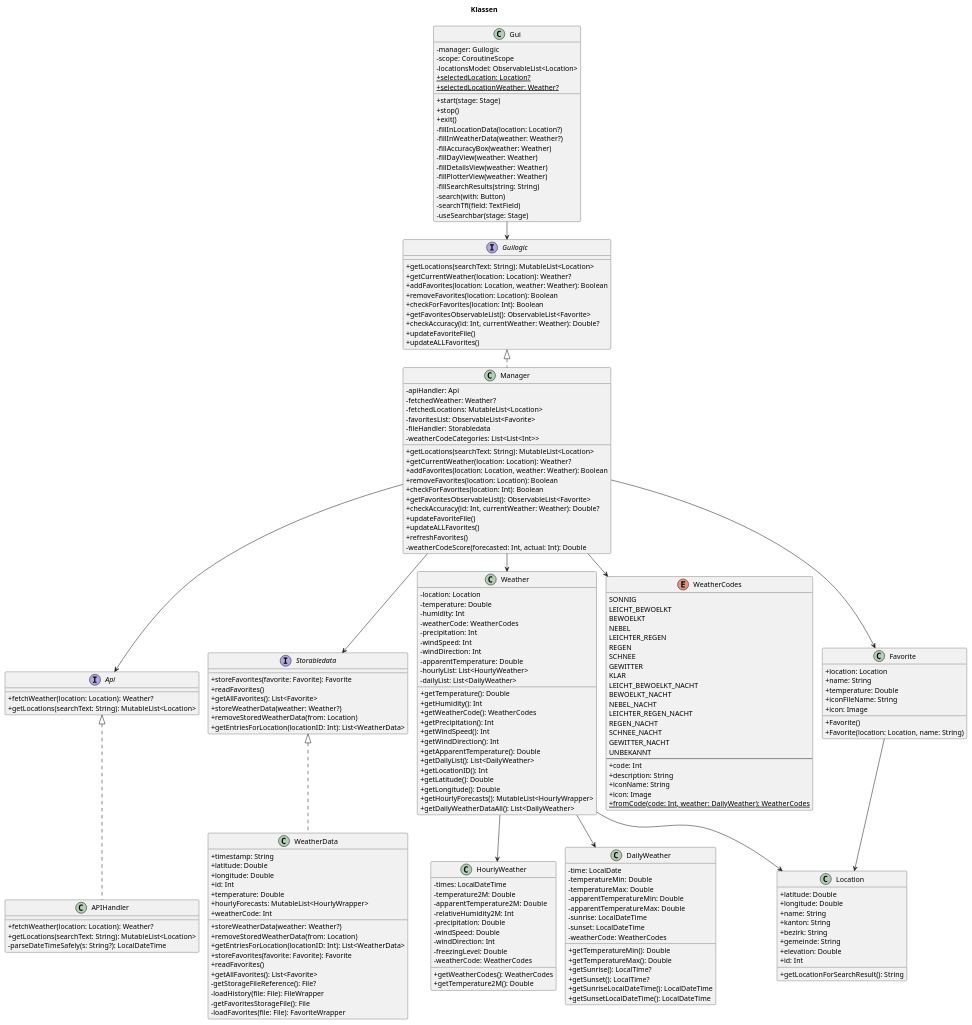
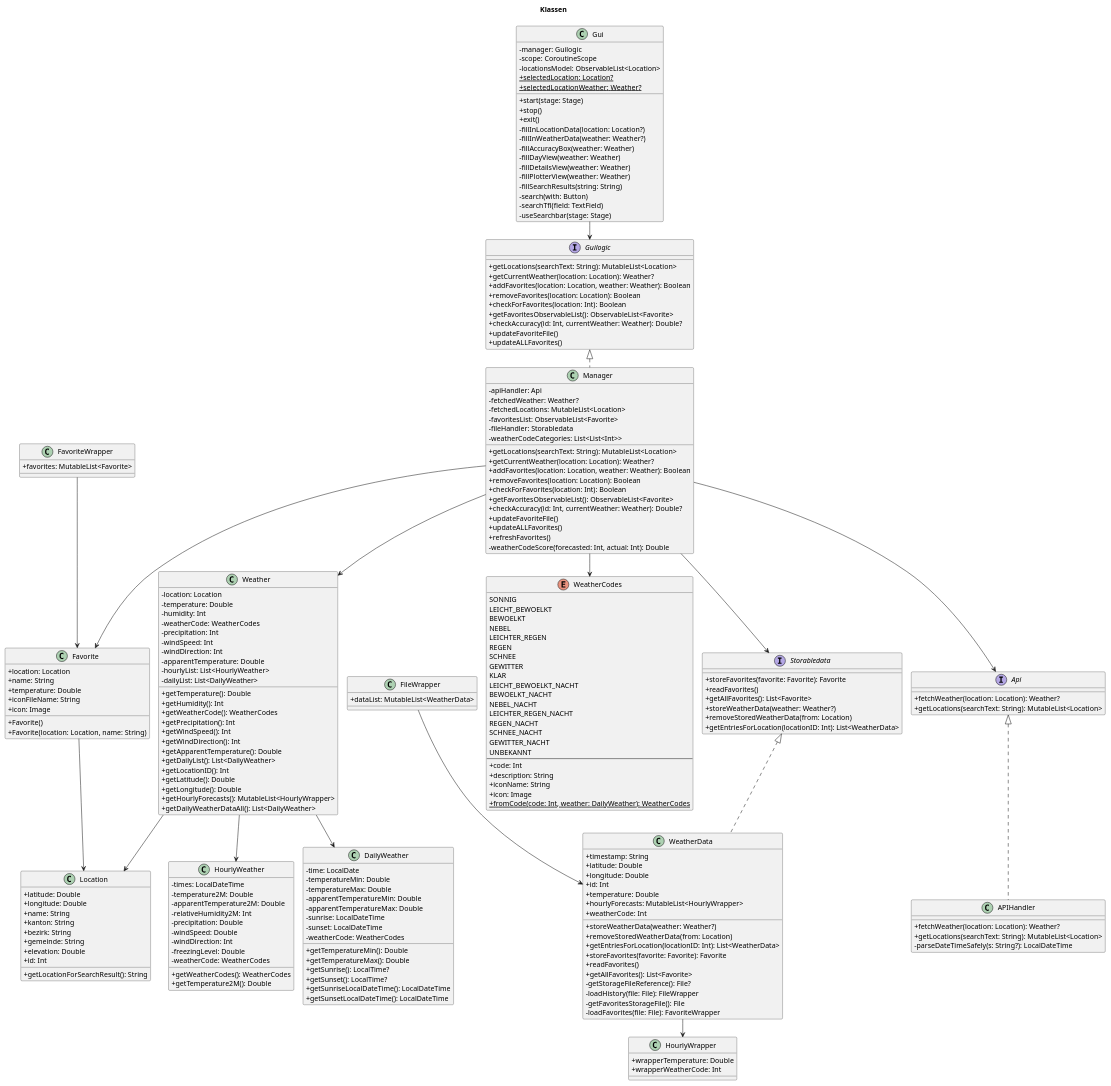
Before and after one commit to TobiasSoftDev/Wetterapp_PRG_Testing_Phase: the diagram in doc/Weather2b_ClassDiagram_V03.puml, drawn with PlantUML.

Commit message:
Klassendiagramm überarbeitet Wrapperklassen

```diff
--- a/doc/Weather2b_ClassDiagram_V03.puml
+++ b/doc/Weather2b_ClassDiagram_V03.puml
@@ -20,6 +20,9 @@
 Manager --> WeatherCodes
 Favorite --> Location
 Manager --> Favorite
+FavoriteWrapper --> Favorite
+FileWrapper --> WeatherData
+WeatherData --> HourlyWrapper
 
 class Manager {
         - apiHandler: Api
@@ -108,6 +111,18 @@
         - loadFavorites(file: File): FavoriteWrapper
 }
 
+ class FavoriteWrapper {
+        + favorites: MutableList<Favorite>
+    }
+
+ class FileWrapper {
+        + dataList: MutableList<WeatherData>
+    }
+
+ class HourlyWrapper {
+        + wrapperTemperature: Double
+        + wrapperWeatherCode: Int
+    }
 
 class APIHandler {
          + fetchWeather(location: Location): Weather?
```
